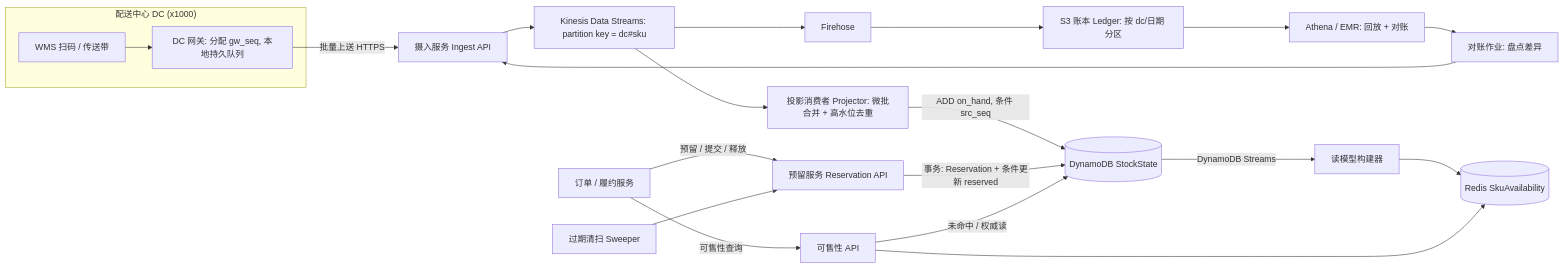
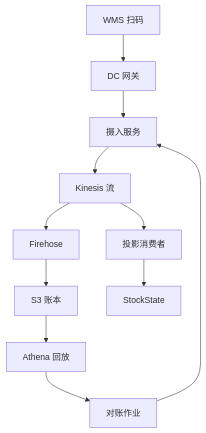
The first of 5 diagrams in vault/interviews/core/system-design/sd03-dc-stock-state.md (ChiChasesCheese/trellis), drawn with Mermaid before and after one commit. The commit also changed other lines of this file and 69 other files, not shown here.

First line of the commit message:
Rewrite pass to WRITING_RULES: SD01-07, LLD amazon leaves 5-12, coding notes + cards; diagrams fit the page

````diff
--- a/vault/interviews/core/system-design/sd03-dc-stock-state.md
+++ b/vault/interviews/core/system-design/sd03-dc-stock-state.md
@@ -114,23 +121,13 @@
 ```mermaid
-flowchart LR
-    subgraph DC["配送中心 DC (x1000)"]
-        WMS["WMS 扫码 / 传送带"] --> GW["DC 网关: 分配 gw_seq, 本地持久队列"]
-    end
-    GW -->|"批量上送 HTTPS"| ING["摄入服务 Ingest API"]
-    ING --> KDS["Kinesis Data Streams: partition key = dc#sku"]
+flowchart TB
+    WMS["WMS 扫码"] --> GW["DC 网关"]
+    GW --> ING["摄入服务"]
+    ING --> KDS["Kinesis 流"]
     KDS --> FH["Firehose"]
-    FH --> S3L["S3 账本 Ledger: 按 dc/日期 分区"]
-    KDS --> PROJ["投影消费者 Projector: 微批合并 + 高水位去重"]
-    PROJ -->|"ADD on_hand, 条件 src_seq"| STATE[("DynamoDB StockState")]
-    STATE -->|"DynamoDB Streams"| RM["读模型构建器"]
-    RM --> CACHE[("Redis SkuAvailability")]
-    ORD["订单 / 履约服务"] -->|"预留 / 提交 / 释放"| RES["预留服务 Reservation API"]
-    RES -->|"事务: Reservation + 条件更新 reserved"| STATE
-    ORD -->|"可售性查询"| AVAIL["可售性 API"]
-    AVAIL --> CACHE
-    AVAIL -->|"未命中 / 权威读"| STATE
-    S3L --> ATH["Athena / EMR: 回放 + 对账"]
-    ATH --> REC["对账作业: 盘点差异"]
+    KDS --> PROJ["投影消费者"]
+    FH --> S3L["S3 账本"]
+    PROJ --> STATE["StockState"]
+    S3L --> ATH["Athena 回放"]
+    ATH --> REC["对账作业"]
     REC --> ING
-    SWEEP["过期清扫 Sweeper"] --> RES
 ```
````
